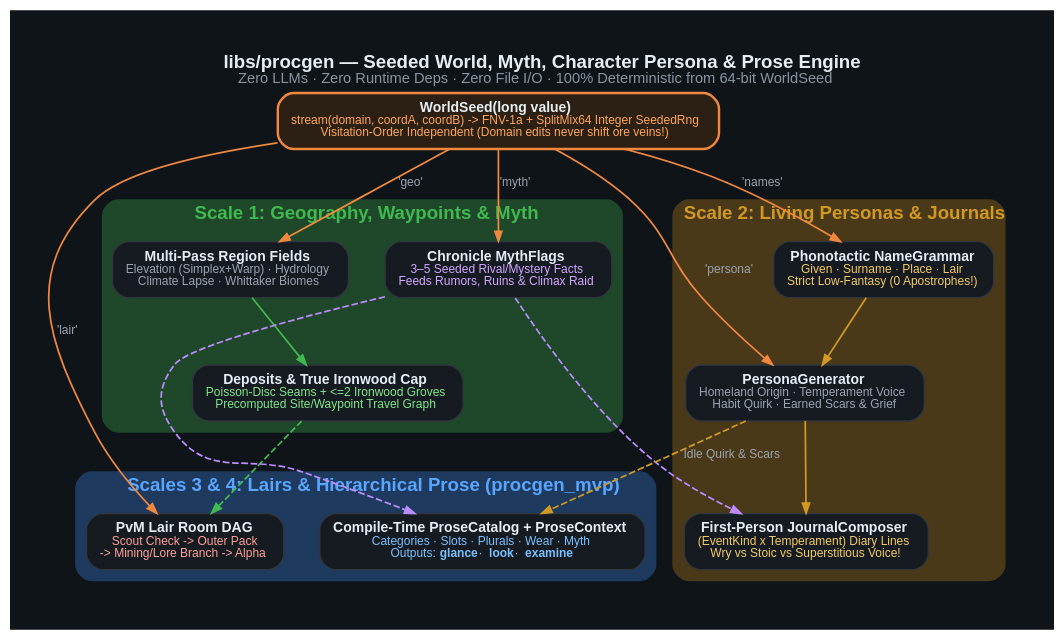
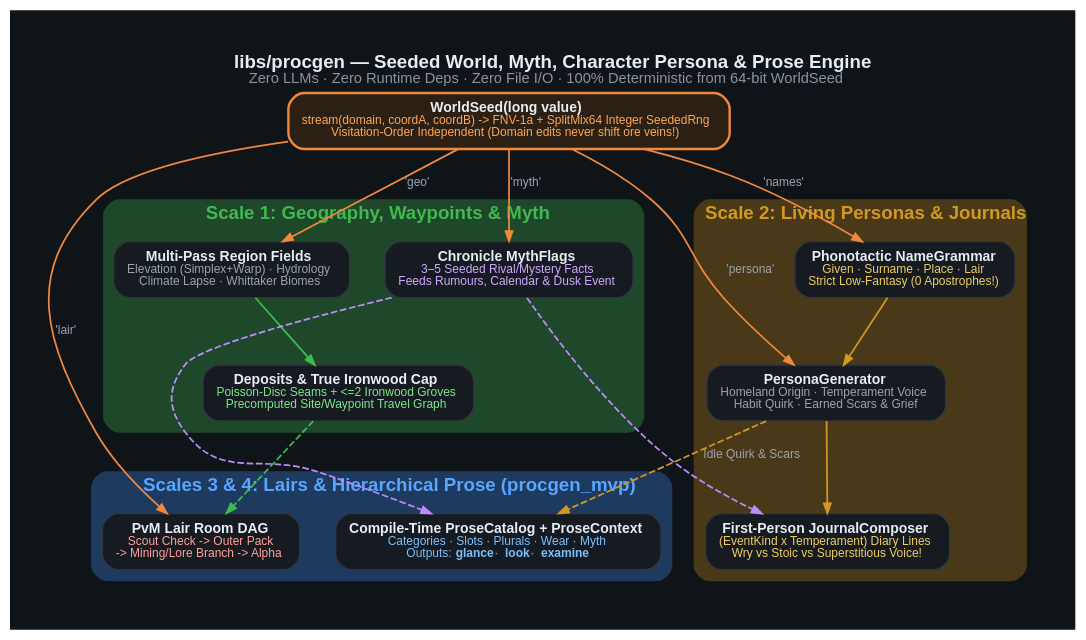
Before and after one commit to Lord-Windy/KotharWorks: the diagram in planning/ironwood_wilds_planning/diagrams/05-procgen-pipeline.dot, drawn with Graphviz. The commit also changed 13 other files, not shown here.

```diff
--- a/planning/ironwood_wilds_planning/diagrams/05-procgen-pipeline.dot
+++ b/planning/ironwood_wilds_planning/diagrams/05-procgen-pipeline.dot
@@ -1,89 +1,89 @@
 digraph ProcgenPipeline {
     graph [
         rankdir=TB,
         bgcolor="#0f1419",
         fontname="Liberation Sans",
         fontsize=14,
         fontcolor="#e6edf3",
         label=<<b>libs/procgen — Seeded World, Myth, Character Persona &amp; Prose Engine</b><br/><font point-size="11" color="#8b949e">Zero LLMs · Zero Runtime Deps · Zero File I/O · 100% Deterministic from 64-bit WorldSeed</font>>,
         labelloc=t,
         pad="0.40",
         nodesep="0.38",
         ranksep="0.56"
     ];
 
     node [
         shape=box,
         style="rounded,filled",
         fontname="Liberation Sans",
         fontsize=10.5,
         fillcolor="#161b22",
         color="#30363d",
         fontcolor="#e6edf3",
         margin="0.14,0.10"
     ];
 
     edge [
         fontname="Liberation Sans",
         fontsize=9,
         color="#8b949e",
         fontcolor="#9ca3af",
         penwidth=1.3,
         arrowsize=0.75
     ];
 
     seed [
         fillcolor="#2b2013",
         color="#f0883e",
         penwidth=1.8,
         label=<<b>WorldSeed(long value)</b><br/><font point-size="9" color="#ffa657">stream(domain, coordA, coordB) -&gt; FNV-1a + SplitMix64 Integer SeededRng<br/>Visitation-Order Independent (Domain edits never shift ore veins!)</font>>
     ];
 
     subgraph cluster_macro {
         label=<<b>Scale 1: Geography, Waypoints &amp; Myth</b>>;
         fontcolor="#3fb950";
         color="#1f4729";
         bgcolor="#101a14";
         style="rounded,filled";
 
         fields [label=<<b>Multi-Pass Region Fields</b><br/><font point-size="9" color="#9ca3af">Elevation (Simplex+Warp) · Hydrology<br/>Climate Lapse · Whittaker Biomes</font>>];
         ecology [label=<<b>Deposits &amp; True Ironwood Cap</b><br/><font point-size="9" color="#7ee787">Poisson-Disc Seams + &lt;=2 Ironwood Groves<br/>Precomputed Site/Waypoint Travel Graph</font>>];
-        myth [label=<<b>Chronicle MythFlags</b><br/><font point-size="9" color="#d2a8ff">3–5 Seeded Rival/Mystery Facts<br/>Feeds Rumors, Ruins &amp; Climax Raid</font>>];
+        myth [label=<<b>Chronicle MythFlags</b><br/><font point-size="9" color="#d2a8ff">3–5 Seeded Rival/Mystery Facts<br/>Feeds Rumours, Calendar &amp; Dusk Event</font>>];
     }
 
     subgraph cluster_people {
         label=<<b>Scale 2: Living Personas &amp; Journals</b>>;
         fontcolor="#d29922";
         color="#4a3919";
         bgcolor="#181510";
         style="rounded,filled";
 
         names [label=<<b>Phonotactic NameGrammar</b><br/><font point-size="9" color="#f2cc60">Given · Surname · Place · Lair<br/>Strict Low-Fantasy (0 Apostrophes!)</font>>];
         persona [label=<<b>PersonaGenerator</b><br/><font point-size="9" color="#9ca3af">Homeland Origin · Temperament Voice<br/>Habit Quirk · Earned Scars &amp; Grief</font>>];
         journal [label=<<b>First-Person JournalComposer</b><br/><font point-size="9" color="#f2cc60">(EventKind x Temperament) Diary Lines<br/>Wry vs Stoic vs Superstitious Voice!</font>>];
     }
 
     subgraph cluster_meso_micro {
         label=<<b>Scales 3 &amp; 4: Lairs &amp; Hierarchical Prose (procgen_mvp)</b>>;
         fontcolor="#58a6ff";
         color="#1f3a5f";
         bgcolor="#121924";
         style="rounded,filled";
 
         lair_dag [label=<<b>PvM Lair Room DAG</b><br/><font point-size="9" color="#ffa198">Scout Check -&gt; Outer Pack<br/>-&gt; Mining/Lore Branch -&gt; Alpha</font>>];
         prose [label=<<b>Compile-Time ProseCatalog + ProseContext</b><br/><font point-size="9" color="#79c0ff">Categories · Slots · Plurals · Wear · Myth<br/>Outputs: <b>glance</b> · <b>look</b> · <b>examine</b></font>>];
     }
 
     seed -> fields [label=" 'geo'", color="#f0883e"];
     seed -> myth [label=" 'myth'", color="#f0883e"];
     seed -> names [label=" 'names'", color="#f0883e"];
     seed -> persona [label=" 'persona'", color="#f0883e"];
     seed -> lair_dag [label=" 'lair'", color="#f0883e"];
 
     fields -> ecology [color="#3fb950"];
     names -> persona -> journal [color="#d29922"];
     ecology -> lair_dag [style=dashed, color="#3fb950"];
     myth -> prose [style=dashed, color="#bc8cff"];
     myth -> journal [style=dashed, color="#bc8cff"];
     persona -> prose [label=" Idle Quirk &amp; Scars", style=dashed, color="#d29922"];
 }
```
